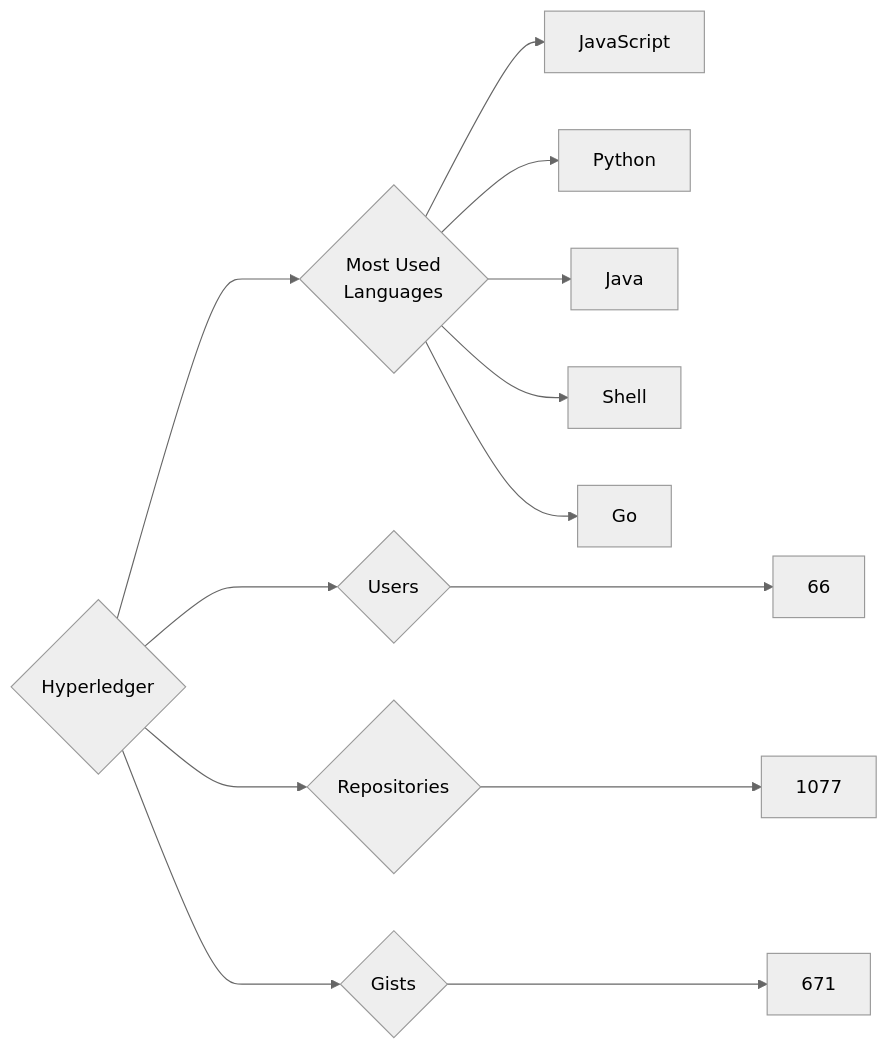
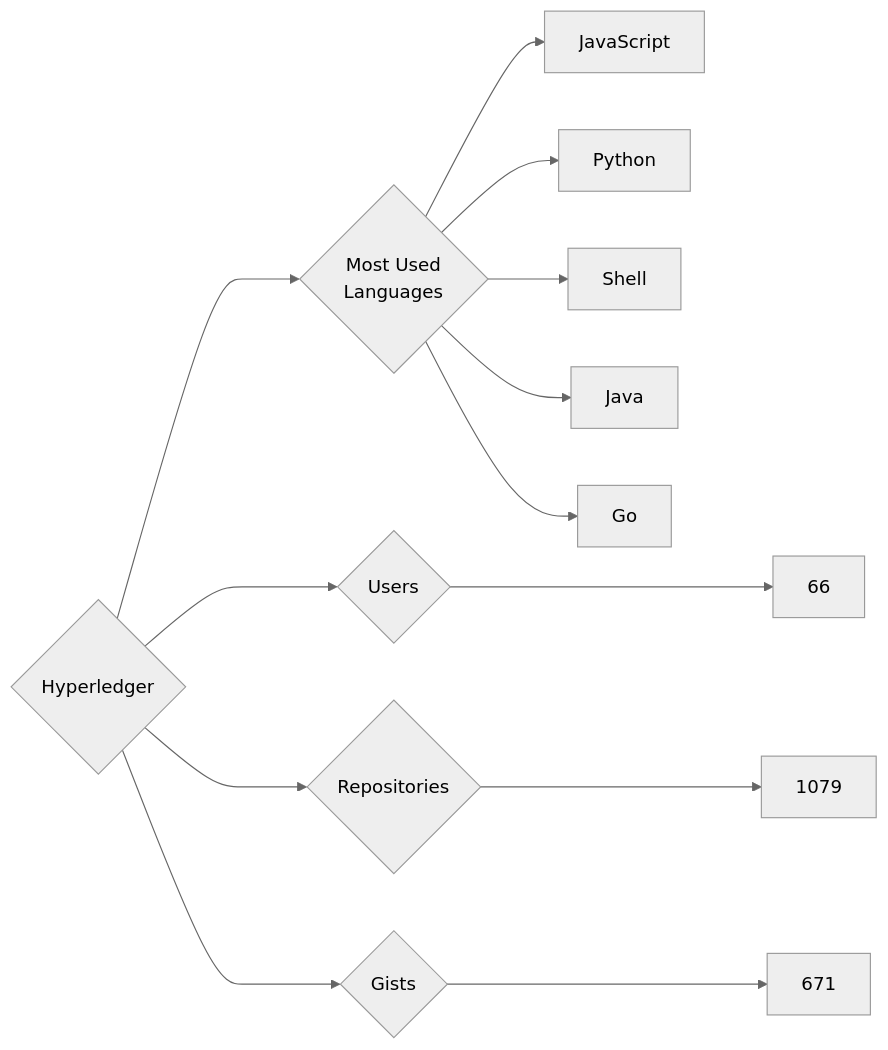
The diagram in targets/Hyperledger/README.md (trickest/insiders), drawn with Mermaid (neutral theme) before and after one commit. The commit also changed 873 other files, not shown here.

````diff
--- a/targets/Hyperledger/README.md
+++ b/targets/Hyperledger/README.md
@@ -3,13 +3,13 @@
 ```mermaid
 graph LR
 COMPANY_NAME{Hyperledger}
 COMPANY_NAME ---> U{Users} ---> UN[66]
-COMPANY_NAME ---> R{Repositories} ---> RN[1077]
+COMPANY_NAME ---> R{Repositories} ---> RN[1079]
 COMPANY_NAME ---> G{Gists} ---> GN[671]
 COMPANY_NAME ---> ML{Most Used<br>Languages}
 ML --> JavaScript[JavaScript]
 ML --> Python[Python]
+ML --> Shell[Shell]
 ML --> Java[Java]
-ML --> Shell[Shell]
 ML --> Go[Go]
 ```
````
